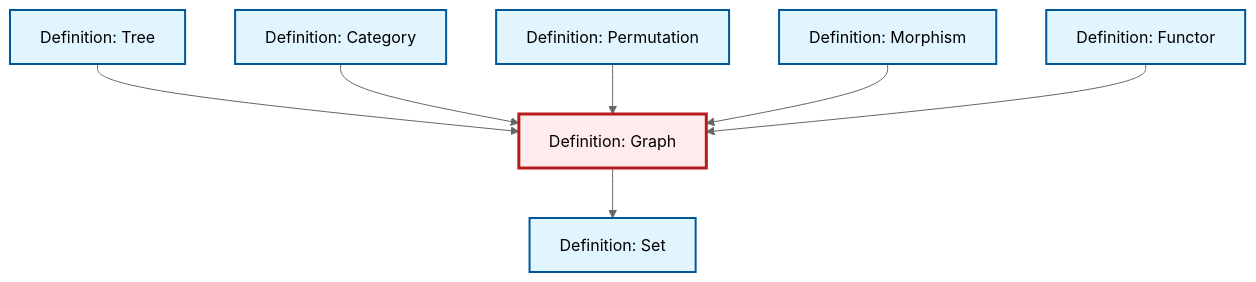
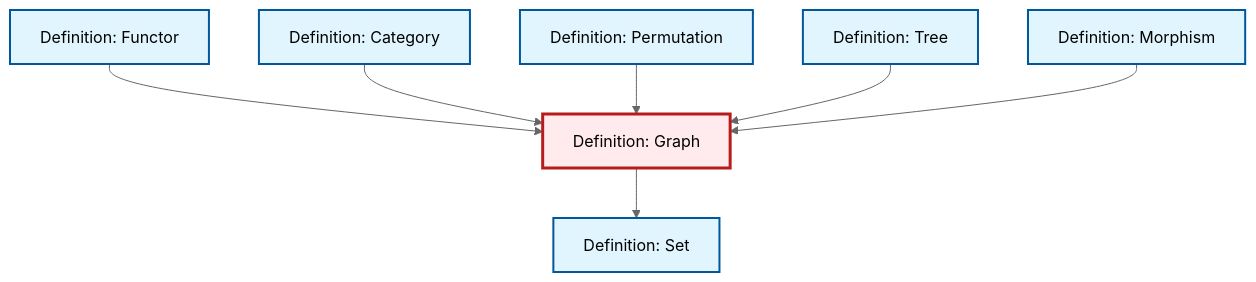
One commit to RK0429/ModernMath changed the diagram in output/mermaid/en/def-graph.mermaid. Above: the diagram before and after it, drawn with Mermaid (neutral theme). The commit also changed other lines of this file and 3094 other files, not shown here.

```diff
--- a/output/mermaid/en/def-graph.mermaid
+++ b/output/mermaid/en/def-graph.mermaid
@@ -1,20 +1,20 @@
 graph TD
     classDef definition fill:#e1f5fe,stroke:#01579b,stroke-width:2px
     classDef theorem fill:#f3e5f5,stroke:#4a148c,stroke-width:2px
     classDef axiom fill:#fff3e0,stroke:#e65100,stroke-width:2px
     classDef example fill:#e8f5e9,stroke:#1b5e20,stroke-width:2px
     classDef current fill:#ffebee,stroke:#b71c1c,stroke-width:3px
     def-permutation["Definition: Permutation"]:::definition
     def-morphism["Definition: Morphism"]:::definition
+    def-category["Definition: Category"]:::definition
     def-tree["Definition: Tree"]:::definition
-    def-category["Definition: Category"]:::definition
-    def-graph["Definition: Graph"]:::definition
     def-functor["Definition: Functor"]:::definition
     def-set["Definition: Set"]:::definition
-    def-graph --> def-set
-    def-tree --> def-graph
+    def-graph["Definition: Graph"]:::definition
+    def-functor --> def-graph
     def-category --> def-graph
     def-permutation --> def-graph
+    def-tree --> def-graph
+    def-graph --> def-set
     def-morphism --> def-graph
-    def-functor --> def-graph
     class def-graph current
```
